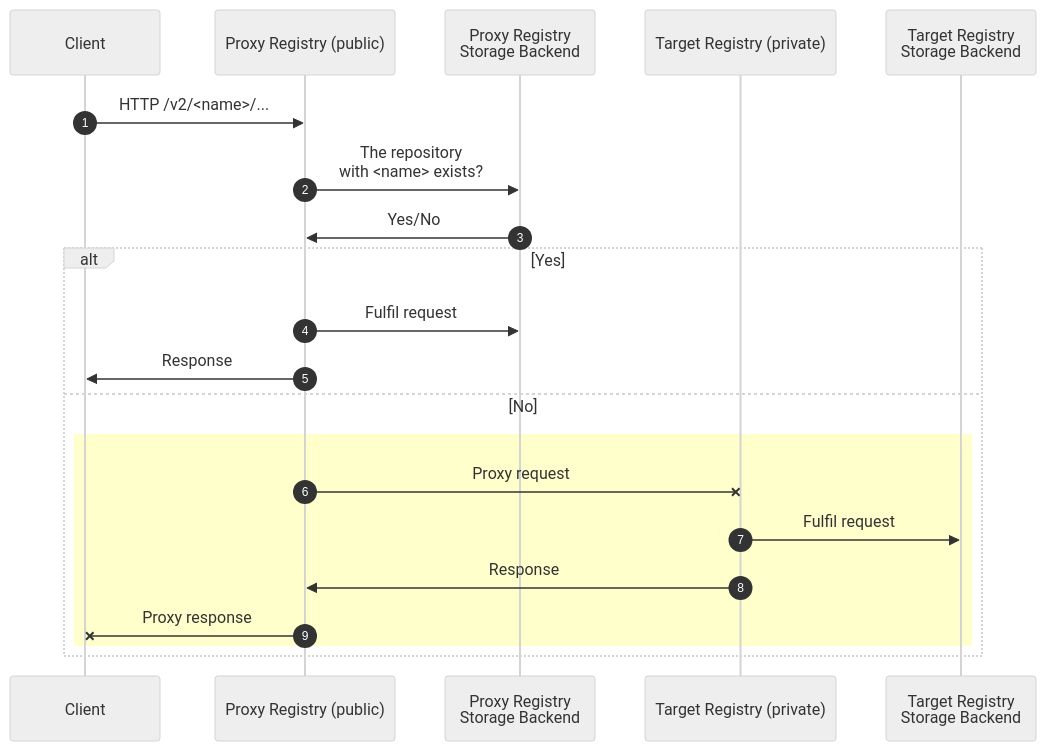
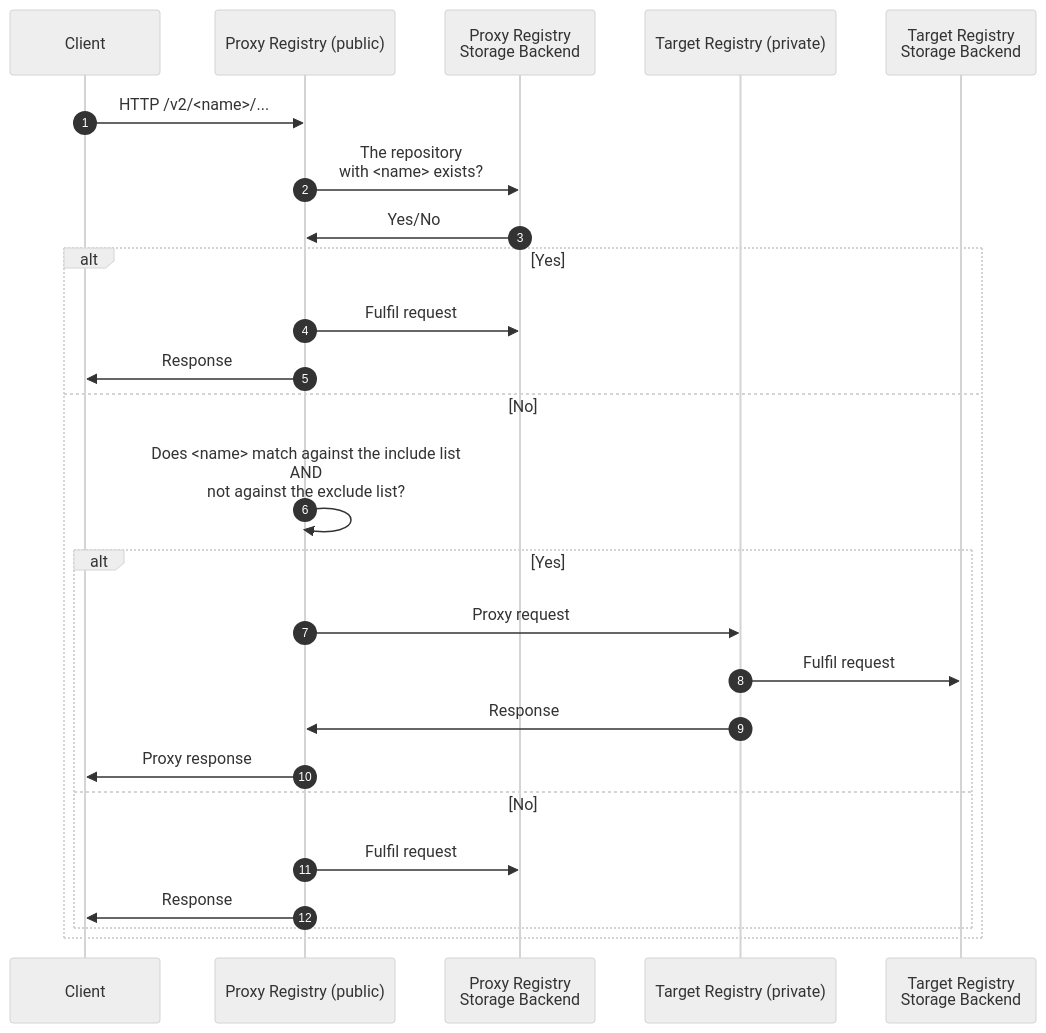
Before and after one commit to jakub-lipski-rft/container-registry: the diagram in docs-gitlab/migration-proxy.md, drawn with Mermaid (neutral theme). The commit also changed other lines of this file, not shown here.

Commit message:
Update migration proxy docs with include/exclude list details

````diff
--- a/docs-gitlab/migration-proxy.md
+++ b/docs-gitlab/migration-proxy.md
@@ -7,25 +7,27 @@
 ```mermaid
 sequenceDiagram
   autonumber
   participant C as Client
   participant R1 as Proxy Registry (public)
   participant B1 as Proxy Registry<br>Storage Backend
   participant R2 as Target Registry (private)
   participant B2 as Target Registry<br>Storage Backend
 	C->>R1: HTTP /v2/<name>/...
 	R1->>B1: The repository<br>with <name> exists?
 	B1->>R1: Yes/No
 	alt Yes
-    %%rect rgb(229, 255, 204)
-      R1->>B1: Fulfil request
+    R1->>B1: Fulfil request
+    R1->>C: Response
+	else No
+    R1->>R1: Does <name> match against the include list<br>AND<br>not against the exclude list?
+    alt Yes
+    		R1->>R2: Proxy request
+        R2->>B2: Fulfil request
+        R2->>R1: Response
+        R1->>C: Proxy response
+    else No
+    	R1->>B1: Fulfil request
       R1->>C: Response
-    %%end
-	else No
-		rect rgb(255, 255, 204)
-      R1-xR2: Proxy request
-      R2->>B2: Fulfil request
-      R2->>R1: Response
-      R1-xC: Proxy response
     end
-end
+  end
 ```
````
